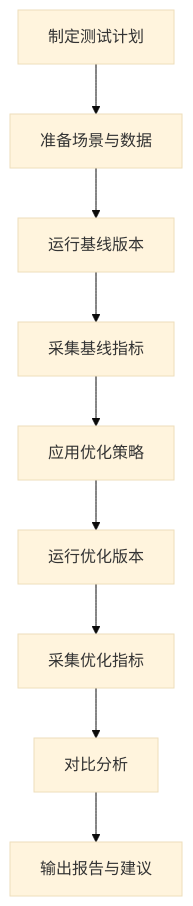
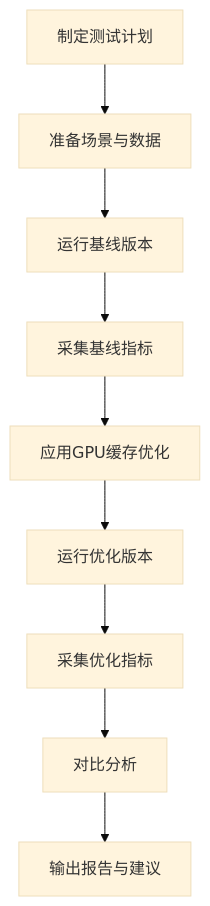
Diagram 11 of 13 in .qoder/repowiki/zh/content/性能优化/性能优化.md (rzhangjing/cesium), drawn with Mermaid (base theme) before and after one commit. The commit also changed other lines of this file and 24 other files, not shown here.

````diff
--- a/.qoder/repowiki/zh/content/性能优化/性能优化.md
+++ b/.qoder/repowiki/zh/content/性能优化/性能优化.md
@@ -311,11 +419,11 @@
 ```mermaid
 flowchart TD
 Plan["制定测试计划"] --> Setup["准备场景与数据"]
 Setup --> RunBaseline["运行基线版本"]
 RunBaseline --> CollectBase["采集基线指标"]
-CollectBase --> ApplyOpt["应用优化策略"]
+CollectBase --> ApplyOpt["应用GPU缓存优化"]
 ApplyOpt --> RunOptimized["运行优化版本"]
 RunOptimized --> CollectOpt["采集优化指标"]
 CollectOpt --> Compare["对比分析"]
 Compare --> Report["输出报告与建议"]
 ```
````
